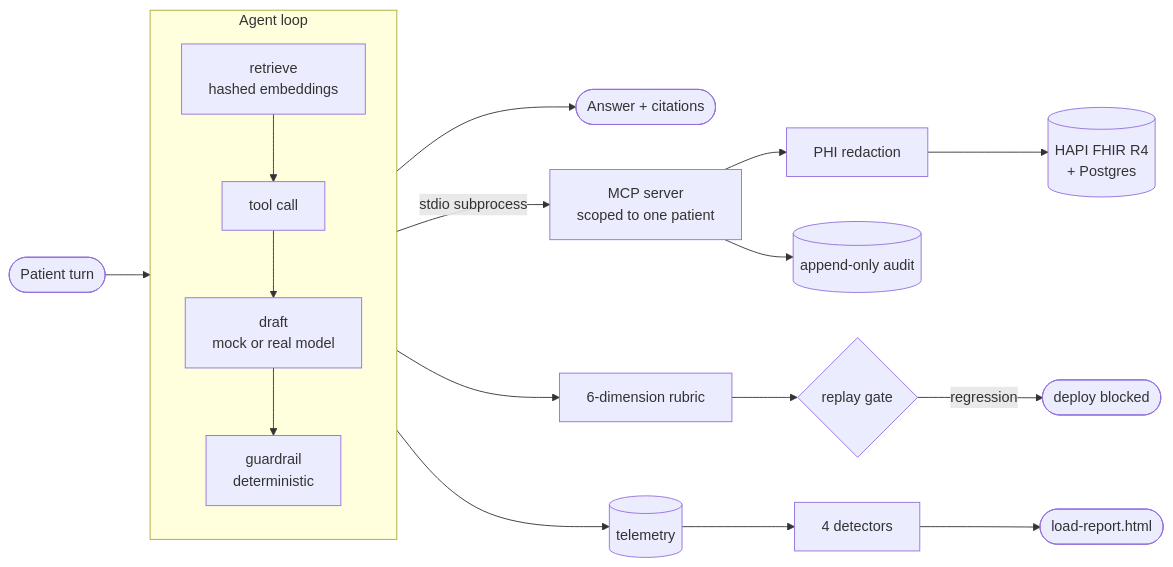
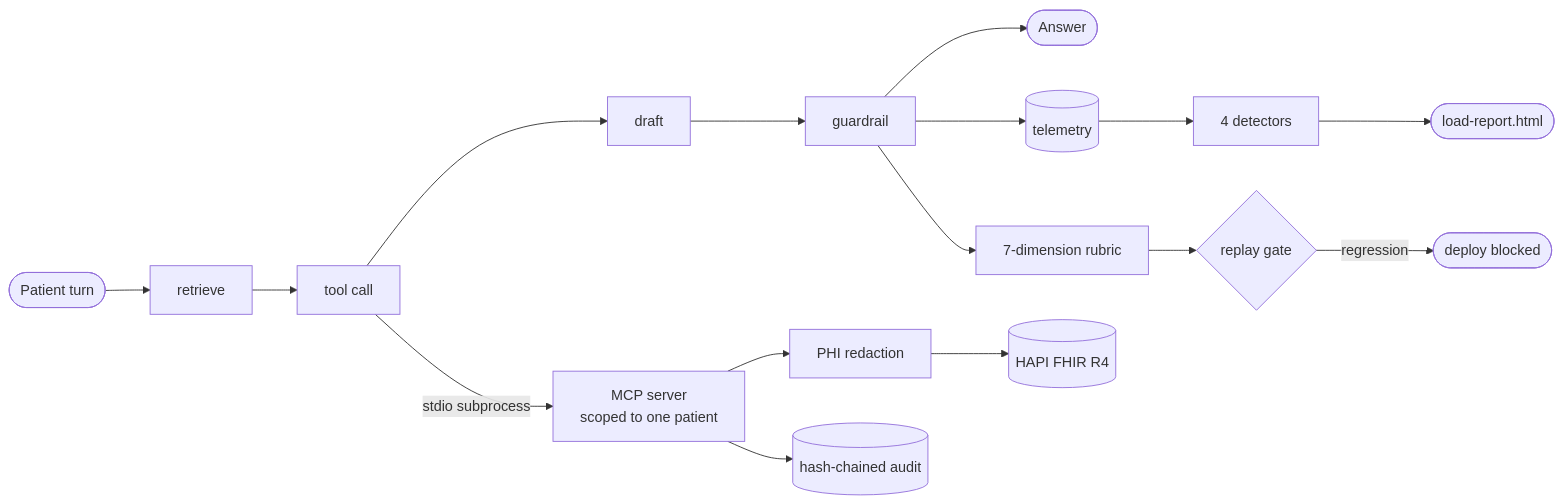
One commit to 4ktLuffy/clinical-agent-eval-demo changed the diagram in README.md. Above: the diagram before and after it, drawn with Mermaid. The commit also changed other lines of this file and 2 other files, not shown here.

````diff
--- a/README.md
+++ b/README.md
@@ -31,18 +96,8 @@
 ```mermaid
 flowchart LR
-  P([Patient turn]) --> A
-  subgraph A[Agent loop]
-    direction TB
-    R[retrieve<br/>hashed embeddings] --> T[tool call] --> D[draft<br/>mock or real model] --> G[guardrail<br/>deterministic]
-  end
-  G --> ANS([Answer + citations])
-  T -->|stdio subprocess| M[MCP server<br/>scoped to one patient]
-  M --> RED[PHI redaction]
-  M --> AUD[(append-only audit)]
-  RED --> F[(HAPI FHIR R4<br/>+ Postgres)]
-  A --> TEL[(telemetry)]
-  TEL --> DET[4 detectors]
-  DET --> HTML([load-report.html])
-  G --> RUB[6-dimension rubric] --> GATE{replay gate}
-  GATE -->|regression| STOP([deploy blocked])
+  P([Patient turn]) --> R[retrieve] --> T[tool call] --> D[draft] --> G[guardrail] --> ANS([Answer])
+  T -->|stdio subprocess| M[MCP server<br/>scoped to one patient] --> RED[PHI redaction] --> F[(HAPI FHIR R4)]
+  M --> AUD[(hash-chained audit)]
+  G --> TEL[(telemetry)] --> DET[4 detectors] --> HTML([load-report.html])
+  G --> RUB[7-dimension rubric] --> GATE{replay gate} -->|regression| STOP([deploy blocked])
 ```
````
